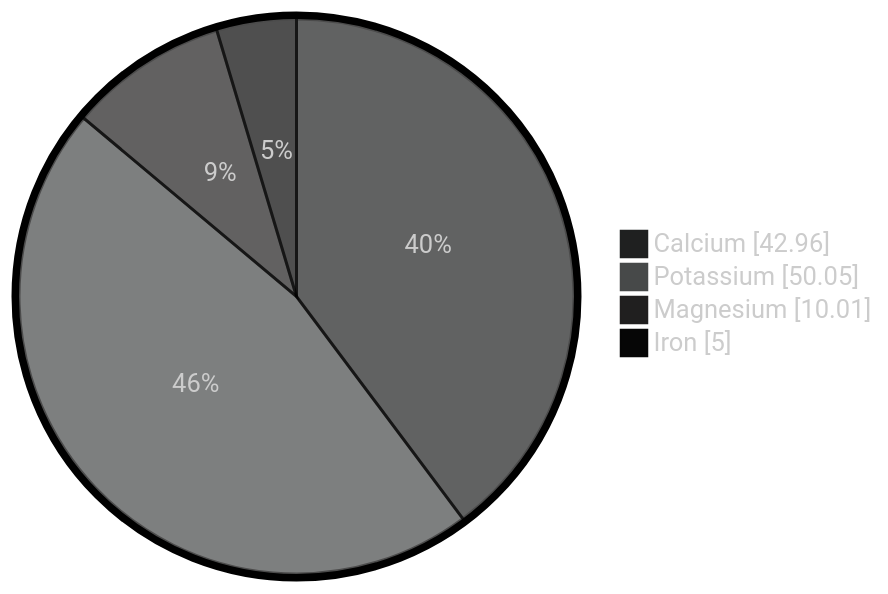
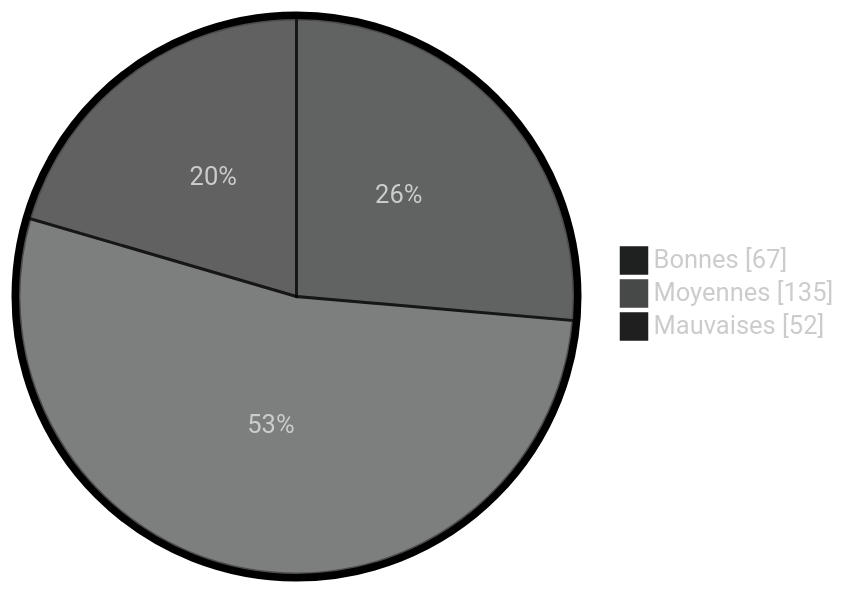
The diagram in content/english/pages/enquete.md (MadMaxTest-afk/hugoplate), drawn with Mermaid before and after one commit.

````diff
--- a/content/english/pages/enquete.md
+++ b/content/english/pages/enquete.md
@@ -13,17 +13,17 @@
 ```mermaid
 ---
 config:
   pie:
     textPosition: 0.5
   themeVariables:
     pieOuterStrokeWidth: 5px
   theme: neo-dark
 ---
 pie showData
     title 
-    "Calcium" : 42.96
-    "Potassium" : 50.05
-    "Magnesium" : 10.01
-    "Iron" :  5
+    "Bonnes" : 67
+    "Moyennes" : 135
+    "Mauvaises" : 52
+    
     
 ```
````
